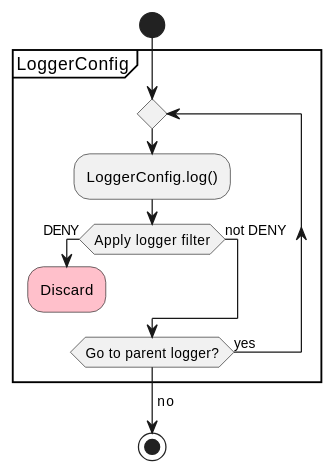
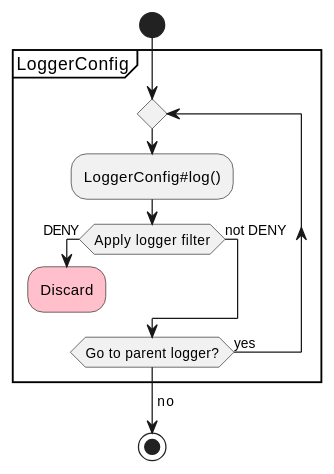
One commit to apache/logging-log4j2 changed the second of 4 diagrams in src/site/antora/modules/ROOT/pages/manual/filters.adoc. Above: the diagram before and after it, drawn with PlantUML. The commit also changed other lines of this file, not shown here.

```diff
--- a/src/site/antora/modules/ROOT/pages/manual/filters.adoc
+++ b/src/site/antora/modules/ROOT/pages/manual/filters.adoc
@@ -117,22 +117,22 @@
 [plantuml]
 ....
 @startuml
 start
 group LoggerConfig
 repeat
 
-:LoggerConfig.log();
+:LoggerConfig#log();
 
 if (Apply logger filter) then (DENY)
     #pink:Discard;
     detach
 else (not DENY)
     ' The label improves spacing
     label a1
 endif
 repeat while (Go to parent logger?) is (yes)
 -> no;
 end group
 stop
 @enduml
 ....
```
